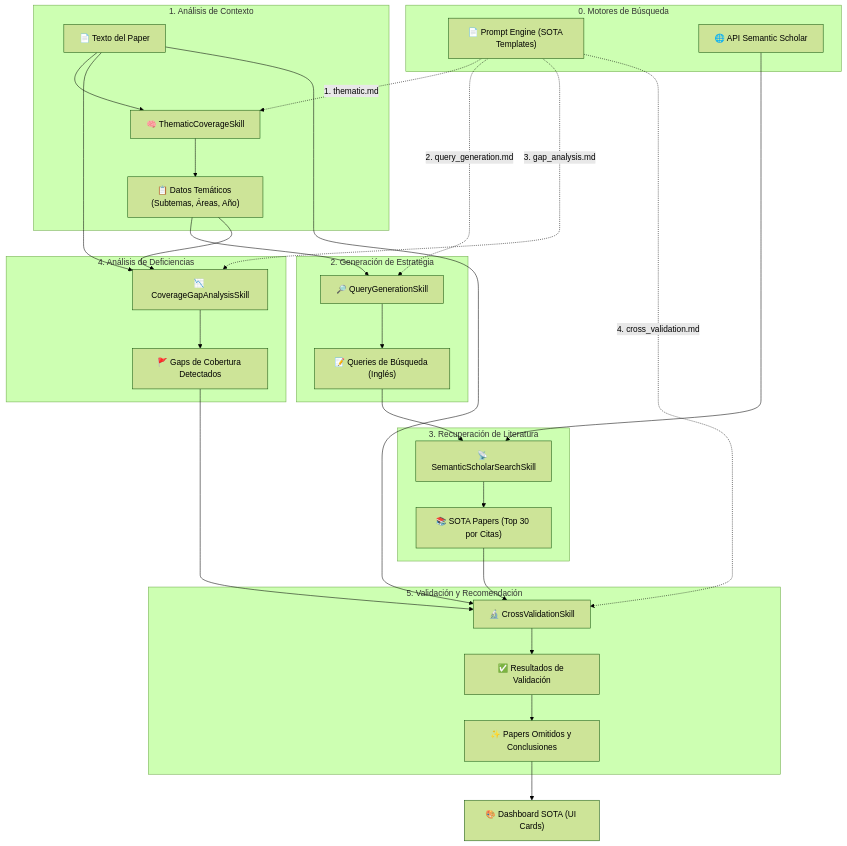
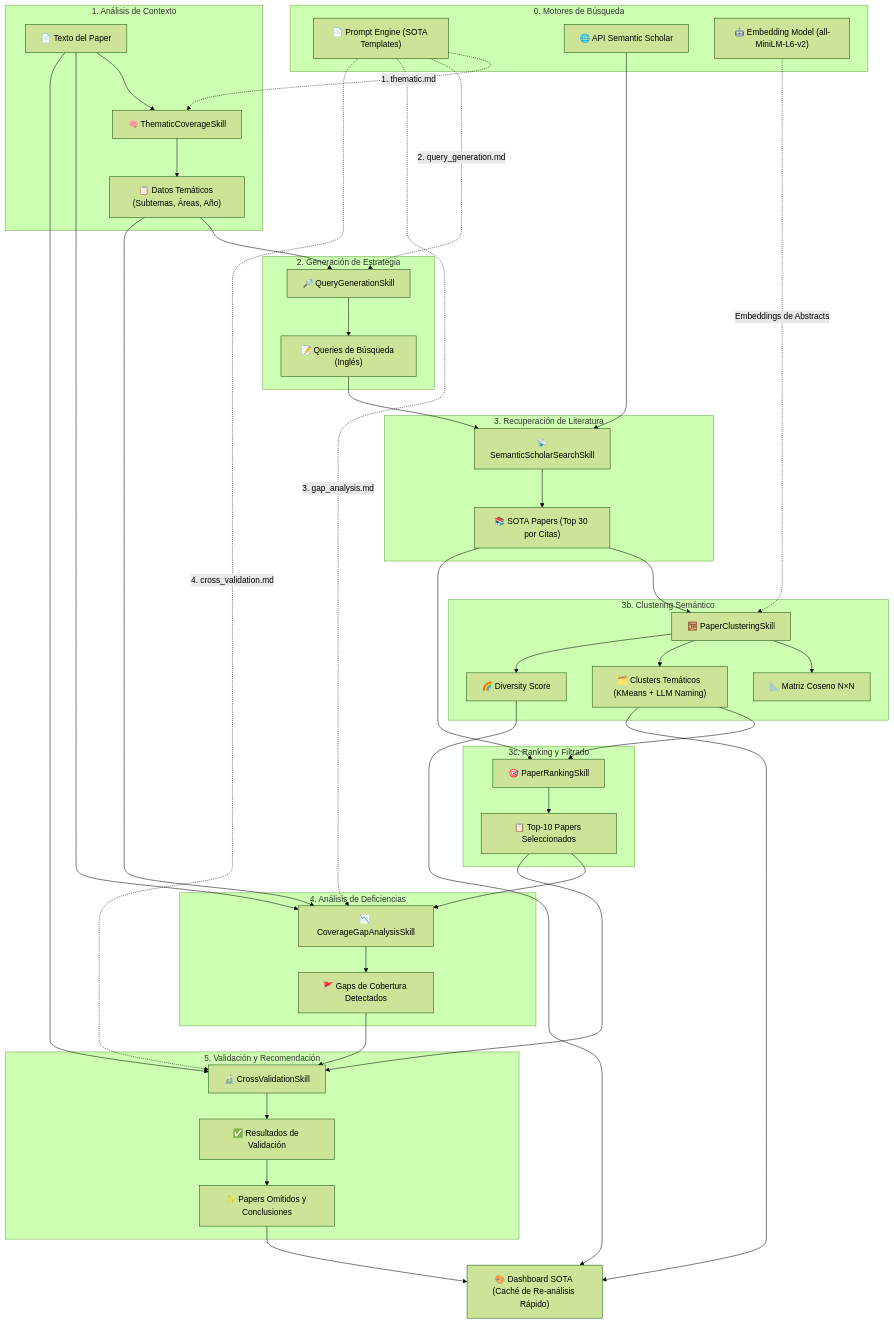
One commit to pedrosalvo04/TFG.-llm-paper-auditor changed the diagram in SOTA_WORKFLOW.md. Above: the diagram before and after it, drawn with Mermaid (forest theme). The commit also changed other lines of this file and 206 other files, not shown here.

Commit message:
sota analysis mayor upgrade

````diff
--- a/SOTA_WORKFLOW.md
+++ b/SOTA_WORKFLOW.md
@@ -20,40 +24,55 @@
 ```mermaid
 graph TD
     subgraph "0. Motores de Búsqueda"
         PE["📄 Prompt Engine (SOTA Templates)"]
         SS["🌐 API Semantic Scholar"]
+        EM["🤖 Embedding Model (all-MiniLM-L6-v2)"]
     end
 
     subgraph "1. Análisis de Contexto"
         A["📄 Texto del Paper"] --> B["🧠 ThematicCoverageSkill"]
         PE -. "1. thematic.md" .-> B
         B --> C["📋 Datos Temáticos (Subtemas, Áreas, Año)"]
     end
 
     subgraph "2. Generación de Estrategia"
         C --> D["🔎 QueryGenerationSkill"]
         PE -. "2. query_generation.md" .-> D
         D --> E["📝 Queries de Búsqueda (Inglés)"]
     end
 
     subgraph "3. Recuperación de Literatura"
         E --> F["📡 SemanticScholarSearchSkill"]
         SS --> F
         F --> G["📚 SOTA Papers (Top 30 por Citas)"]
     end
 
+    subgraph "3b. Clustering Semántico"
+        G --> CL["🧮 PaperClusteringSkill"]
+        EM -. "Embeddings de Abstracts" .-> CL
+        CL --> CLA["📐 Matriz Coseno N×N"]
+        CL --> CLB["🗂️ Clusters Temáticos (KMeans + LLM Naming)"]
+        CL --> CLC["🌈 Diversity Score"]
+    end
+
+    subgraph "3c. Ranking y Filtrado"
+        G & CLB --> R["🎯 PaperRankingSkill"]
+        R --> RA["📋 Top-10 Papers Seleccionados"]
+    end
+
     subgraph "4. Análisis de Deficiencias"
-        A & C --> H["📉 CoverageGapAnalysisSkill"]
+        A & C & RA --> H["📉 CoverageGapAnalysisSkill"]
         PE -. "3. gap_analysis.md" .-> H
         H --> I["🚩 Gaps de Cobertura Detectados"]
     end
 
     subgraph "5. Validación y Recomendación"
-        A & G & I --> J["🔬 CrossValidationSkill"]
+        A & RA & I --> J["🔬 CrossValidationSkill"]
         PE -. "4. cross_validation.md" .-> J
         J --> K["✅ Resultados de Validación"]
         K --> L["✨ Papers Omitidos y Conclusiones"]
     end
 
-    L --> M["🎨 Dashboard SOTA (UI Cards)"]
+    CLB & CLC --> M["🎨 Dashboard SOTA (Caché de Re-análisis Rápido)"]
+    L --> M
 ```
````
